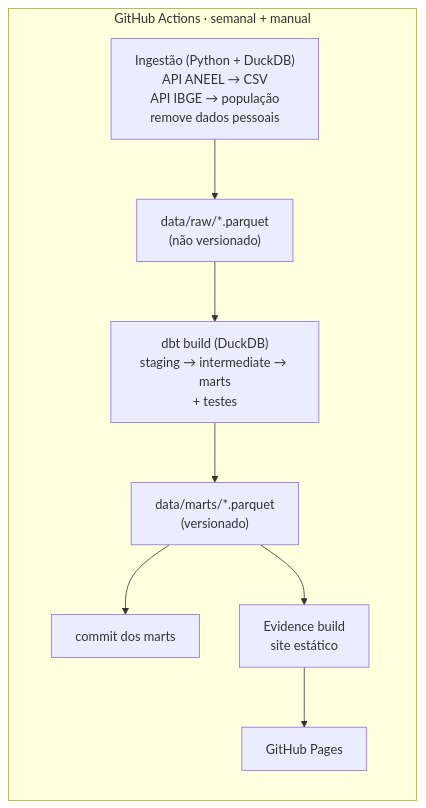
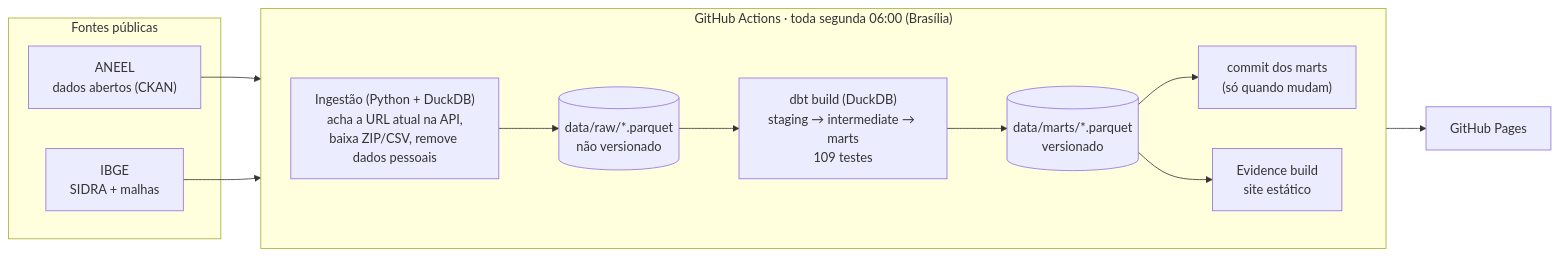
One commit to vitorsarilio/geracao-solar-brasil changed the diagram in README.md. Above: the diagram before and after it, drawn with Mermaid. The commit also changed other lines of this file and 1 other file, not shown here.

````diff
--- a/README.md
+++ b/README.md
@@ -16,11 +42,20 @@
 ```mermaid
 flowchart LR
-  subgraph GA["GitHub Actions · semanal + manual"]
-    A["Ingestão (Python + DuckDB)<br/>API ANEEL → CSV<br/>API IBGE → população<br/>remove dados pessoais"] --> B["data/raw/*.parquet<br/>(não versionado)"]
-    B --> C["dbt build (DuckDB)<br/>staging → intermediate → marts<br/>+ testes"]
-    C --> D["data/marts/*.parquet<br/>(versionado)"]
-    D --> E["commit dos marts"]
+  subgraph fontes["Fontes públicas"]
+    ANEEL["ANEEL<br/>dados abertos (CKAN)"]
+    IBGE["IBGE<br/>SIDRA + malhas"]
+  end
+
+  subgraph GA["GitHub Actions · toda segunda 06:00 (Brasília)"]
+    direction LR
+    A["Ingestão (Python + DuckDB)<br/>acha a URL atual na API,<br/>baixa ZIP/CSV, remove dados pessoais"] --> B[("data/raw/*.parquet<br/>não versionado")]
+    B --> C["dbt build (DuckDB)<br/>staging → intermediate → marts<br/>109 testes"]
+    C --> D[("data/marts/*.parquet<br/>versionado")]
+    D --> E["commit dos marts<br/>(só quando mudam)"]
     D --> F["Evidence build<br/>site estático"]
-    F --> G["GitHub Pages"]
   end
+
+  ANEEL --> A
+  IBGE --> A
+  F --> G["GitHub Pages"]
 ```
````
